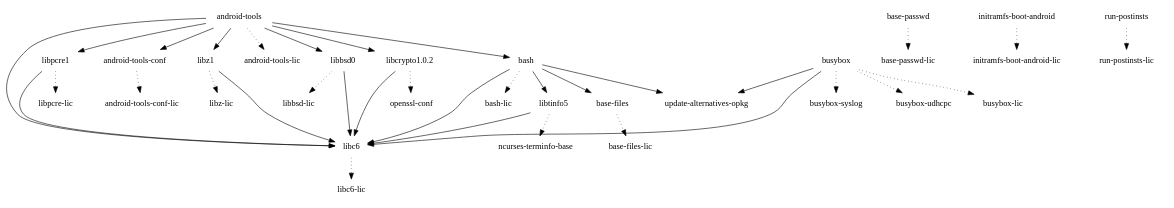
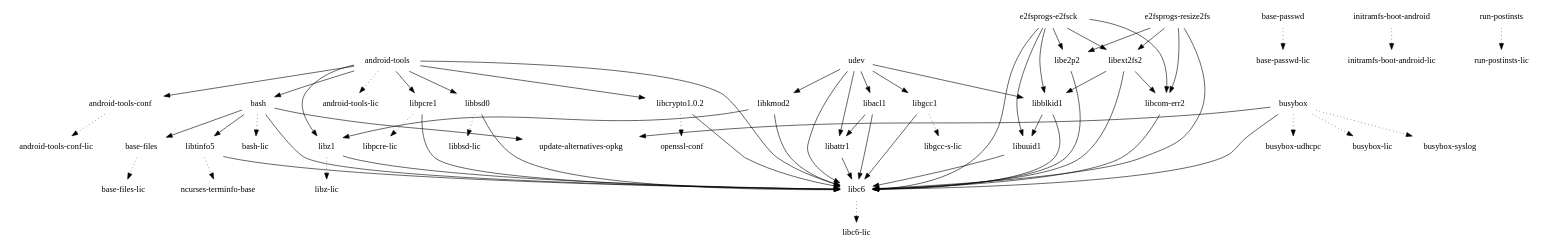
Before and after one commit to webOS-ports/buildhistory: the diagram in images/hammerhead/glibc/initramfs-android-image/depends.dot, drawn with Graphviz. The commit also changed 8289 other files, not shown here.

```diff
--- a/images/hammerhead/glibc/initramfs-android-image/depends.dot
+++ b/images/hammerhead/glibc/initramfs-android-image/depends.dot
@@ -1,37 +1,68 @@
 digraph depends {
     node [shape=plaintext]
 "android-tools" -> "android-tools-conf"
 "android-tools" -> "android-tools-lic" [style=dotted]
 "android-tools" -> "bash"
 "android-tools-conf" -> "android-tools-conf-lic" [style=dotted]
 "android-tools" -> "libbsd0"
 "android-tools" -> "libc6"
 "android-tools" -> "libcrypto1.0.2"
 "android-tools" -> "libpcre1"
 "android-tools" -> "libz1"
 "base-files" -> "base-files-lic" [style=dotted]
 "base-passwd" -> "base-passwd-lic" [style=dotted]
 "bash" -> "base-files"
 "bash" -> "bash-lic" [style=dotted]
 "bash" -> "libc6"
 "bash" -> "libtinfo5"
 "bash" -> "update-alternatives-opkg"
 "busybox" -> "busybox-lic" [style=dotted]
 "busybox" -> "busybox-syslog" [style=dotted]
 "busybox" -> "busybox-udhcpc" [style=dotted]
 "busybox" -> "libc6"
 "busybox" -> "update-alternatives-opkg"
+"e2fsprogs-e2fsck" -> "libblkid1"
+"e2fsprogs-e2fsck" -> "libc6"
+"e2fsprogs-e2fsck" -> "libcom-err2"
+"e2fsprogs-e2fsck" -> "libe2p2"
+"e2fsprogs-e2fsck" -> "libext2fs2"
+"e2fsprogs-e2fsck" -> "libuuid1"
+"e2fsprogs-resize2fs" -> "libc6"
+"e2fsprogs-resize2fs" -> "libcom-err2"
+"e2fsprogs-resize2fs" -> "libe2p2"
+"e2fsprogs-resize2fs" -> "libext2fs2"
 "initramfs-boot-android" -> "initramfs-boot-android-lic" [style=dotted]
+"libacl1" -> "libattr1"
+"libacl1" -> "libc6"
+"libattr1" -> "libc6"
+"libblkid1" -> "libc6"
+"libblkid1" -> "libuuid1"
 "libbsd0" -> "libbsd-lic" [style=dotted]
 "libbsd0" -> "libc6"
 "libc6" -> "libc6-lic" [style=dotted]
+"libcom-err2" -> "libc6"
 "libcrypto1.0.2" -> "libc6"
 "libcrypto1.0.2" -> "openssl-conf" [style=dotted]
+"libe2p2" -> "libc6"
+"libext2fs2" -> "libblkid1"
+"libext2fs2" -> "libc6"
+"libext2fs2" -> "libcom-err2"
+"libgcc1" -> "libc6"
+"libgcc1" -> "libgcc-s-lic" [style=dotted]
+"libkmod2" -> "libc6"
+"libkmod2" -> "libz1"
 "libpcre1" -> "libc6"
 "libpcre1" -> "libpcre-lic" [style=dotted]
 "libtinfo5" -> "libc6"
 "libtinfo5" -> "ncurses-terminfo-base" [style=dotted]
+"libuuid1" -> "libc6"
 "libz1" -> "libc6"
 "libz1" -> "libz-lic" [style=dotted]
 "run-postinsts" -> "run-postinsts-lic" [style=dotted]
+"udev" -> "libacl1"
+"udev" -> "libattr1"
+"udev" -> "libblkid1"
+"udev" -> "libc6"
+"udev" -> "libgcc1"
+"udev" -> "libkmod2"
 }
```
